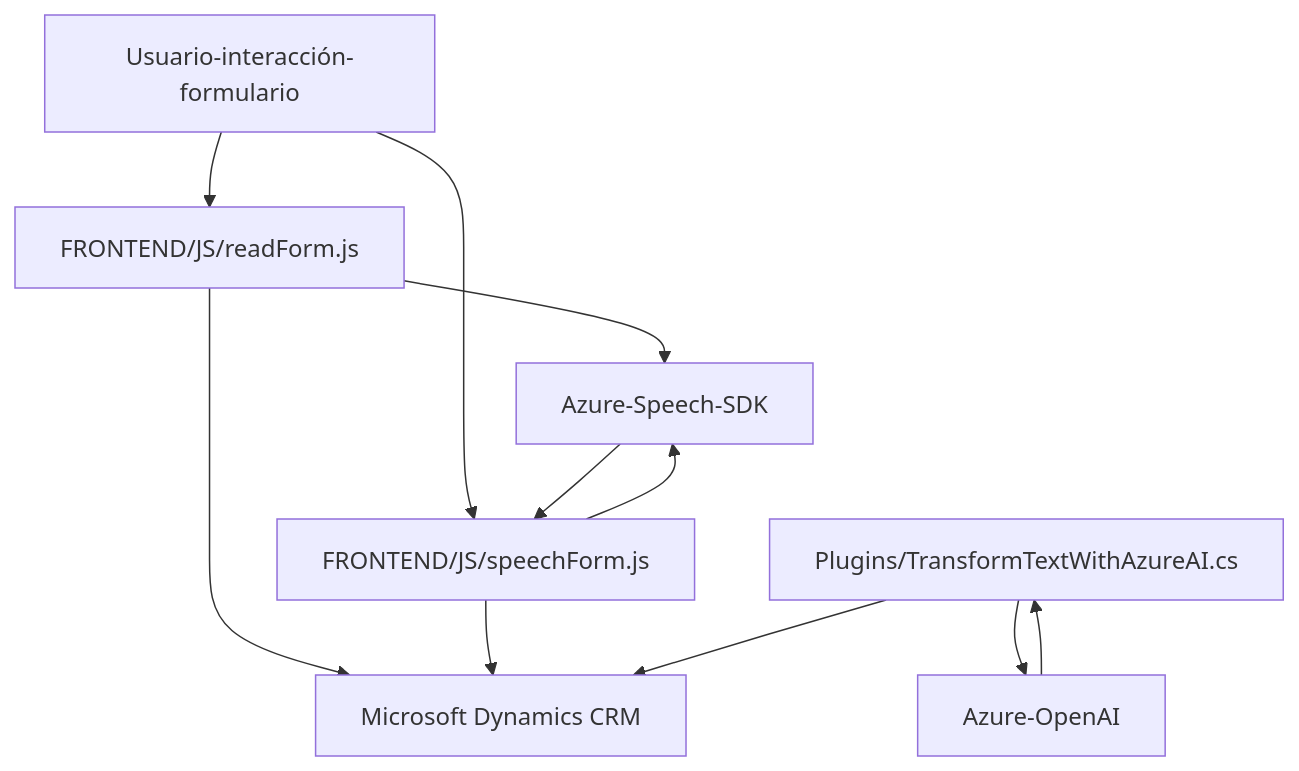
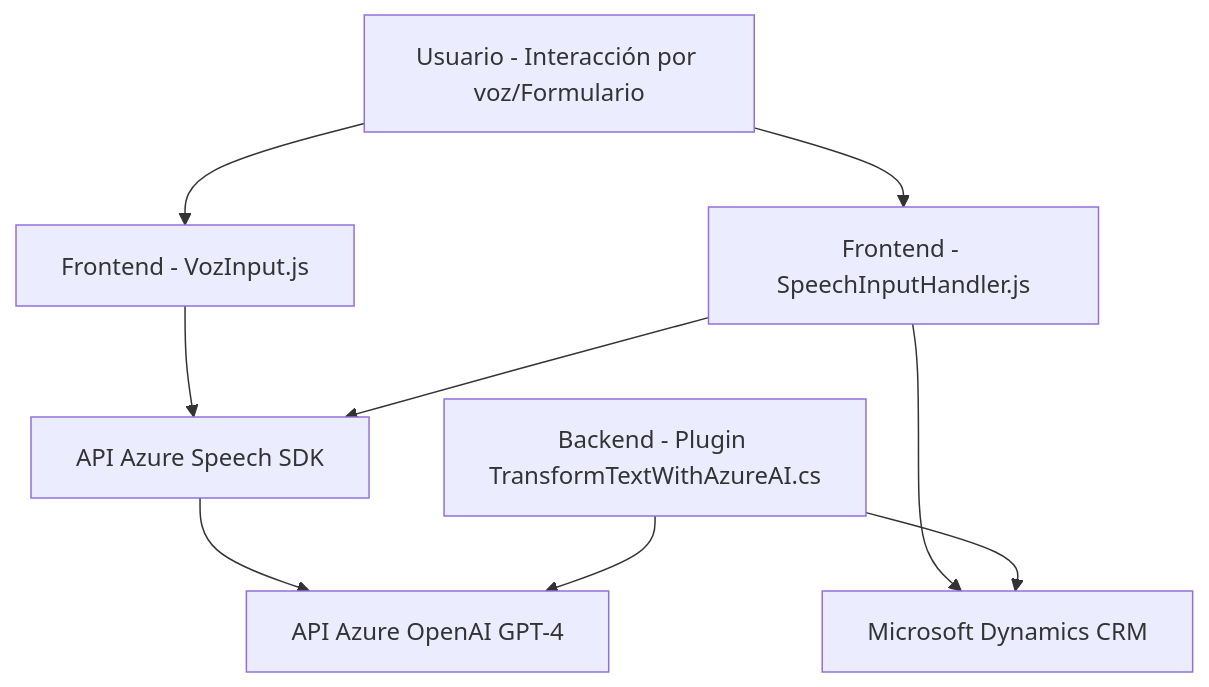
One commit to blopezdm/NETCORE_BILBAO2025 changed the diagram in README.md. Above: the diagram before and after it, drawn with Mermaid. The commit also changed other lines of this file, not shown here.

````diff
--- a/README.md
+++ b/README.md
@@ -46,25 +39,19 @@
 ```mermaid
 graph TD
-    A["Usuario-interacción-formulario"]
-    B["FRONTEND/JS/readForm.js"]
-    C["FRONTEND/JS/speechForm.js"]
-    D["Azure-Speech-SDK"]
-    E["Plugins/TransformTextWithAzureAI.cs"]
-    F["Azure-OpenAI"]
+    A["Usuario - Interacción por voz/Formulario"]
+    B["Frontend - VozInput.js"]
+    C["Frontend - SpeechInputHandler.js"]
+    D["Backend - Plugin TransformTextWithAzureAI.cs"]
+    E["API Azure Speech SDK"]
+    F["API Azure OpenAI GPT-4"]
     G["Microsoft Dynamics CRM"]
-    
+
     A --> B
     A --> C
-    
-    B --> D
-    B --> G
-    
-    C --> D
+    B --> E
+    C --> E
+    E --> F
     C --> G
-    
-    E --> F
-    E --> G
-    
-    D --> C
-    F --> E
+    D --> F
+    D --> G
 ```
````
